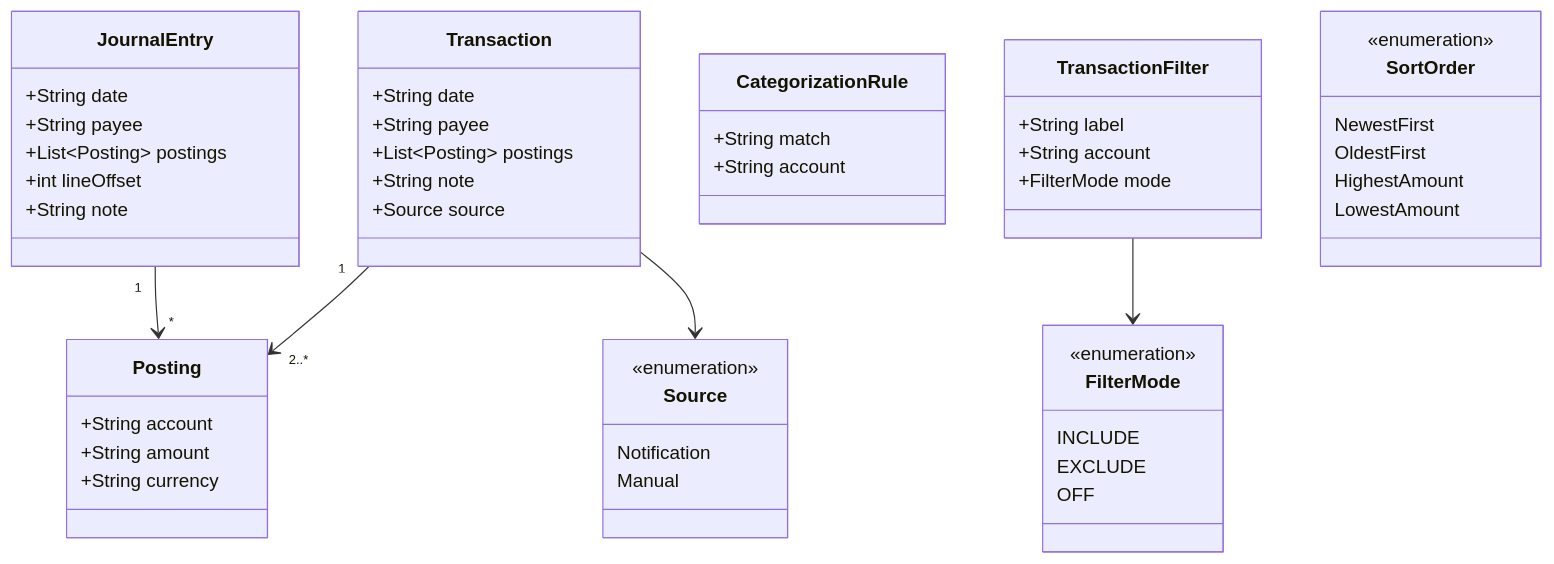
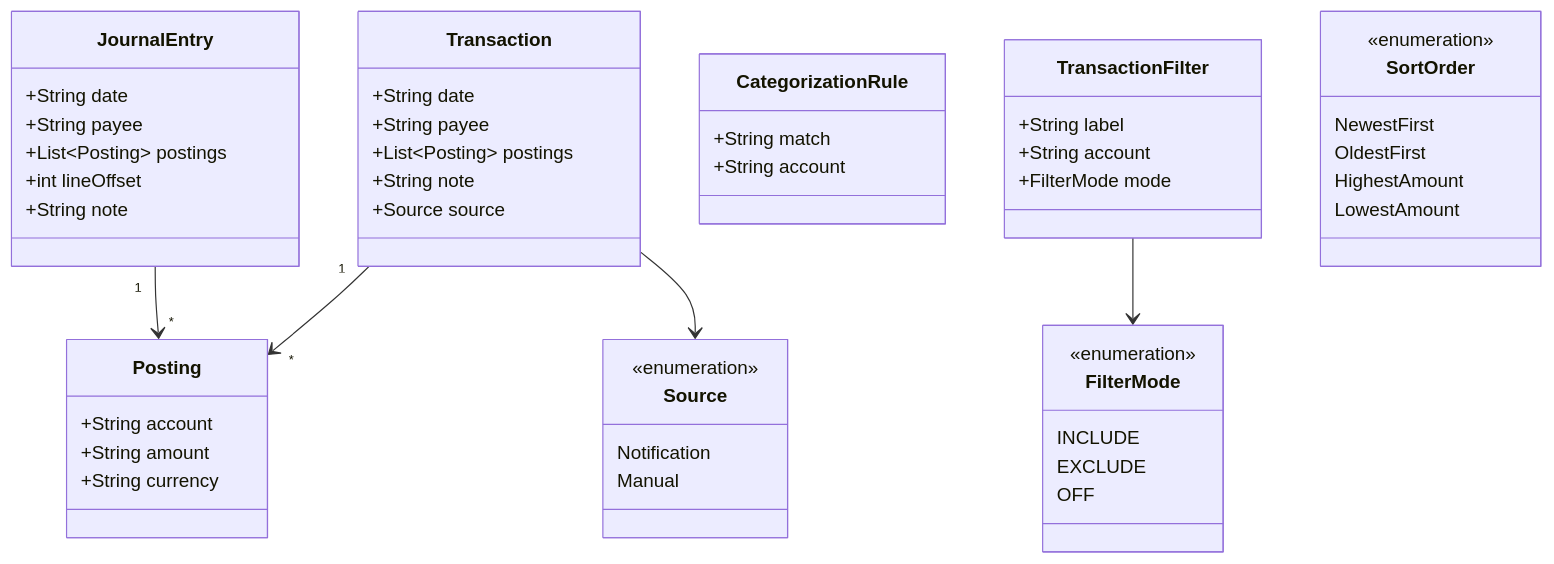
The sixth of 8 diagrams in docs/architecture.md (ukizet/NotifLedger), drawn with Mermaid before and after one commit. The commit also changed other lines of this file, not shown here.

Commit message:
correct notification flow edges in architecture diagrams

````diff
--- a/docs/architecture.md
+++ b/docs/architecture.md
@@ -205,54 +207,54 @@
 ```mermaid
 classDiagram
     class Transaction {
         +String date
         +String payee
         +List~Posting~ postings
         +String note
         +Source source
     }
     class Posting {
         +String account
         +String amount
         +String currency
     }
     class JournalEntry {
         +String date
         +String payee
         +List~Posting~ postings
         +int lineOffset
         +String note
     }
     class CategorizationRule {
         +String match
         +String account
     }
     class TransactionFilter {
         +String label
         +String account
         +FilterMode mode
     }
     class FilterMode {
         <<enumeration>>
         INCLUDE
         EXCLUDE
         OFF
     }
     class Source {
         <<enumeration>>
         Notification
         Manual
     }
     class SortOrder {
         <<enumeration>>
         NewestFirst
         OldestFirst
         HighestAmount
         LowestAmount
     }
 
-    Transaction "1" --> "2..*" Posting
+    Transaction "1" --> "*" Posting
     JournalEntry "1" --> "*" Posting
     TransactionFilter --> FilterMode
     Transaction --> Source
 ```
````
